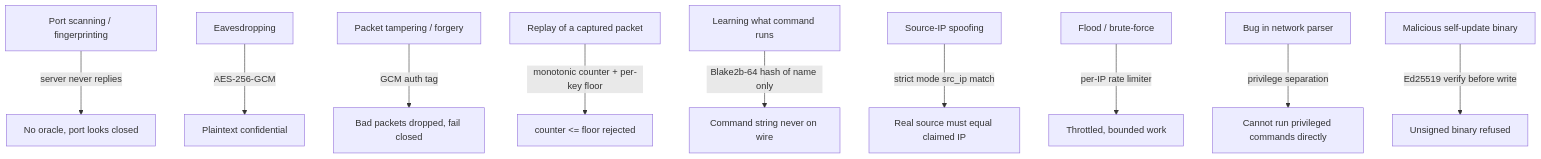
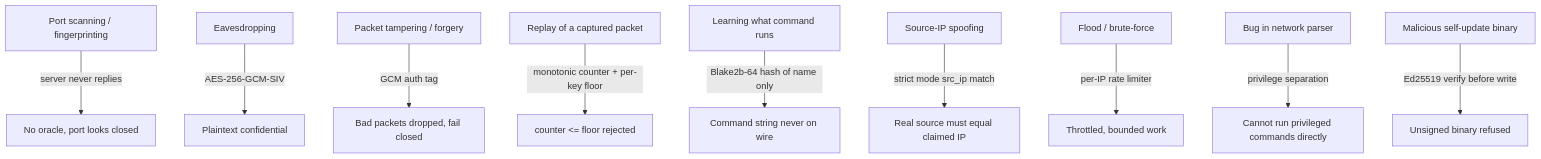
One commit to yonasBSD/ruroco changed the first of 2 diagrams in docs/src/architecture/security.md. Above: the diagram before and after it, drawn with Mermaid. The commit also changed other lines of this file and 17 other files, not shown here.

Commit message:
switch to AES-256-GCM-SIV - see comments I you want to know why

````diff
--- a/docs/src/architecture/security.md
+++ b/docs/src/architecture/security.md
@@ -25,12 +25,12 @@
 ```mermaid
 flowchart TD
     T1["Port scanning / fingerprinting"] -->|server never replies| D1["No oracle, port looks closed"]
-    T2["Eavesdropping"] -->|AES-256-GCM| D2["Plaintext confidential"]
+    T2["Eavesdropping"] -->|AES-256-GCM-SIV| D2["Plaintext confidential"]
     T3["Packet tampering / forgery"] -->|GCM auth tag| D3["Bad packets dropped, fail closed"]
     T4["Replay of a captured packet"] -->|monotonic counter + per-key floor| D4["counter <= floor rejected"]
     T5["Learning what command runs"] -->|Blake2b-64 hash of name only| D5["Command string never on wire"]
     T6["Source-IP spoofing"] -->|strict mode src_ip match| D6["Real source must equal claimed IP"]
     T7["Flood / brute-force"] -->|per-IP rate limiter| D7["Throttled, bounded work"]
     T8["Bug in network parser"] -->|privilege separation| D8["Cannot run privileged commands directly"]
     T9["Malicious self-update binary"] -->|Ed25519 verify before write| D9["Unsigned binary refused"]
 ```
````
